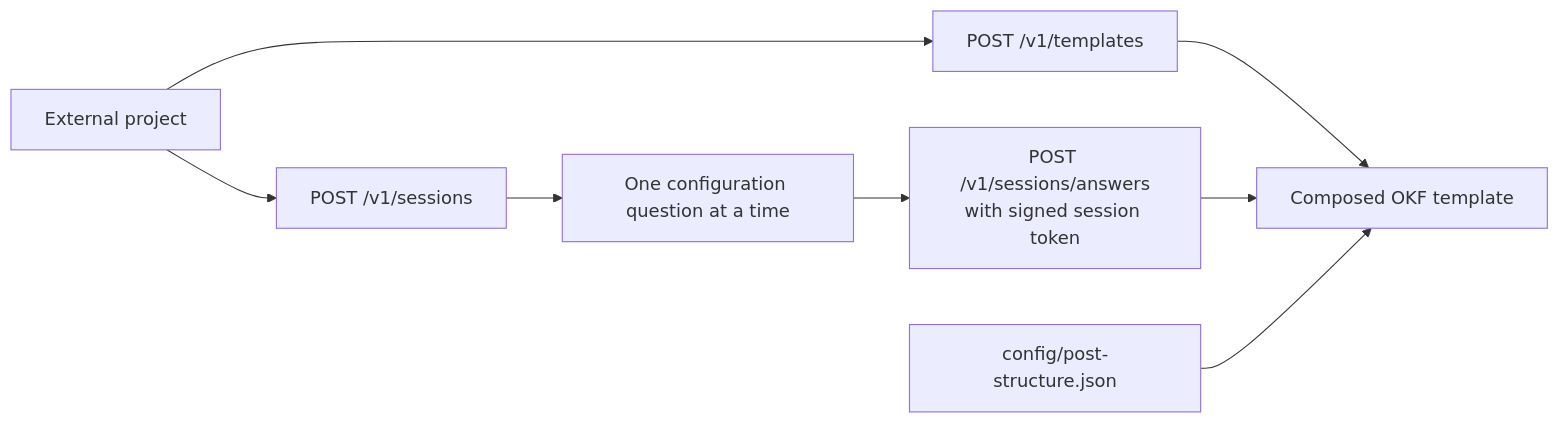
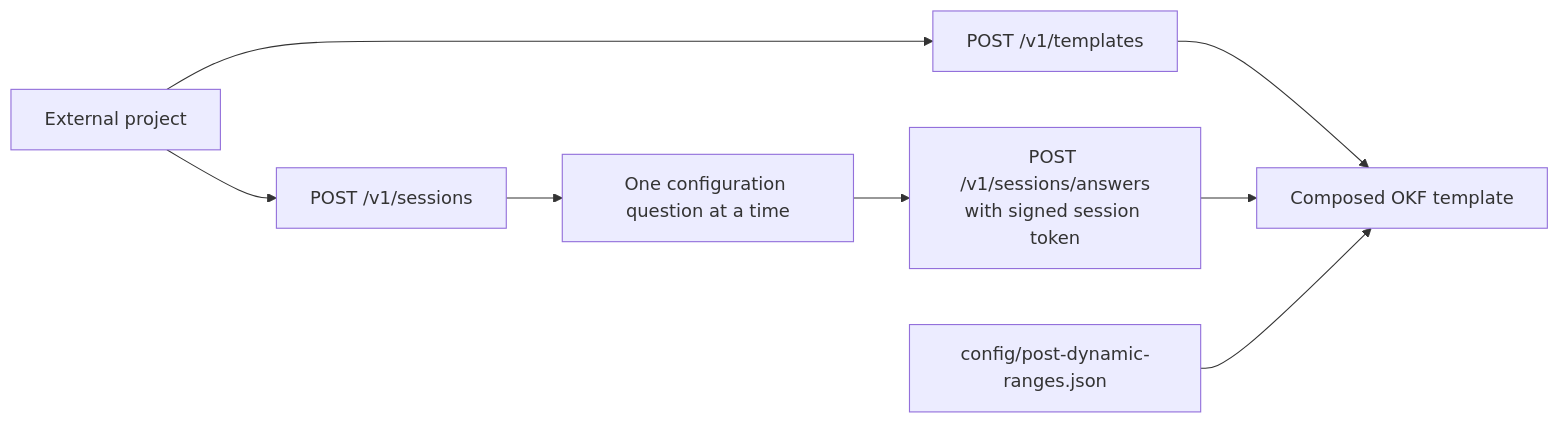
One commit to promotemyapp/post changed the first of 2 diagrams in docs/API.md. Above: the diagram before and after it, drawn with Mermaid. The commit also changed other lines of this file and 10 other files, not shown here.

Commit message:
refactor: separate post dynamic ranges config

````diff
--- a/docs/API.md
+++ b/docs/API.md
@@ -5,10 +5,10 @@
 ```mermaid
 flowchart LR
     Client[External project] --> Direct[POST /v1/templates]
     Client --> Guided[POST /v1/sessions]
     Guided --> Questions[One configuration question at a time]
     Questions --> Answer[POST /v1/sessions/answers<br/>with signed session token]
     Direct --> Result[Composed OKF template]
     Answer --> Result
-    Config[config/post-structure.json] --> Result
+    Config[config/post-dynamic-ranges.json] --> Result
 ```
````
